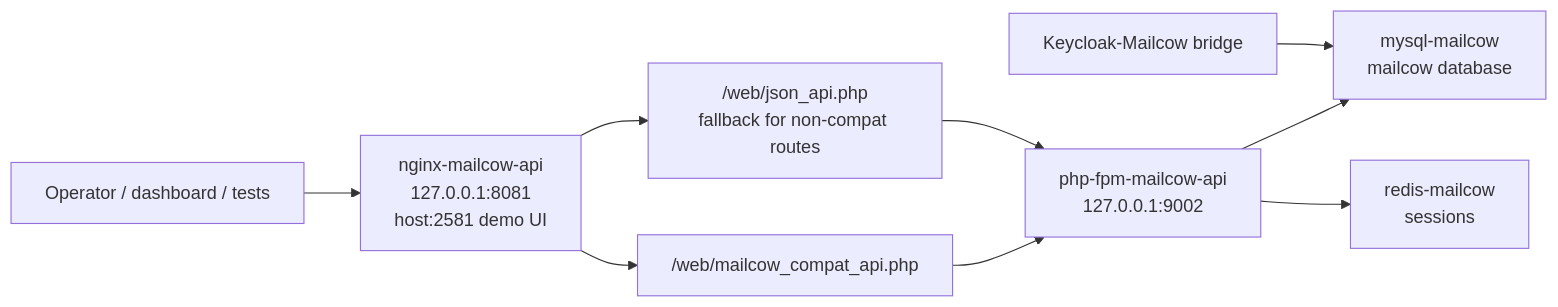
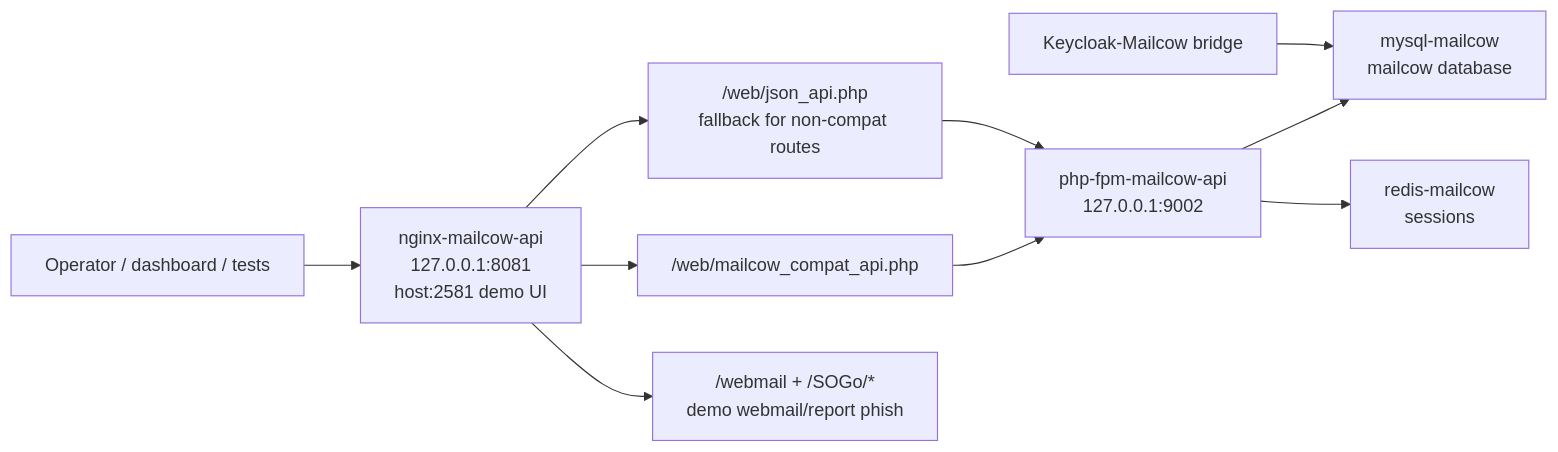
Before and after one commit to autonomouscereal/Agentic-IT: the diagram in docs/MAILCOW_API_SHIM.md, drawn with Mermaid. The commit also changed other lines of this file and 13 other files, not shown here.

Commit message:
Add Mailcow webmail report-phish demo

````diff
--- a/docs/MAILCOW_API_SHIM.md
+++ b/docs/MAILCOW_API_SHIM.md
@@ -35,11 +35,12 @@
 ```mermaid
 flowchart LR
   Operator["Operator / dashboard / tests"] --> Nginx["nginx-mailcow-api\n127.0.0.1:8081\nhost:2581 demo UI"]
   Nginx --> Compat["/web/mailcow_compat_api.php"]
   Nginx --> Stock["/web/json_api.php\nfallback for non-compat routes"]
   Compat --> PHP["php-fpm-mailcow-api\n127.0.0.1:9002"]
   Stock --> PHP
   PHP --> DB["mysql-mailcow\nmailcow database"]
   PHP --> Redis["redis-mailcow\nsessions"]
+  Nginx --> Webmail["/webmail + /SOGo/*\ndemo webmail/report phish"]
   Bridge["Keycloak-Mailcow bridge"] --> DB
 ```
````
